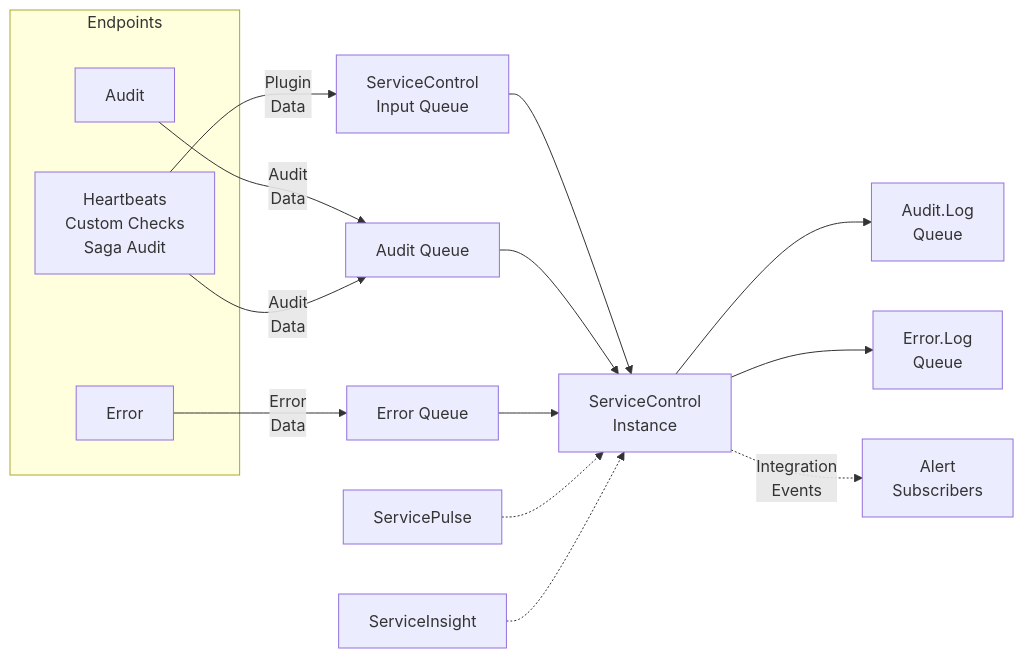
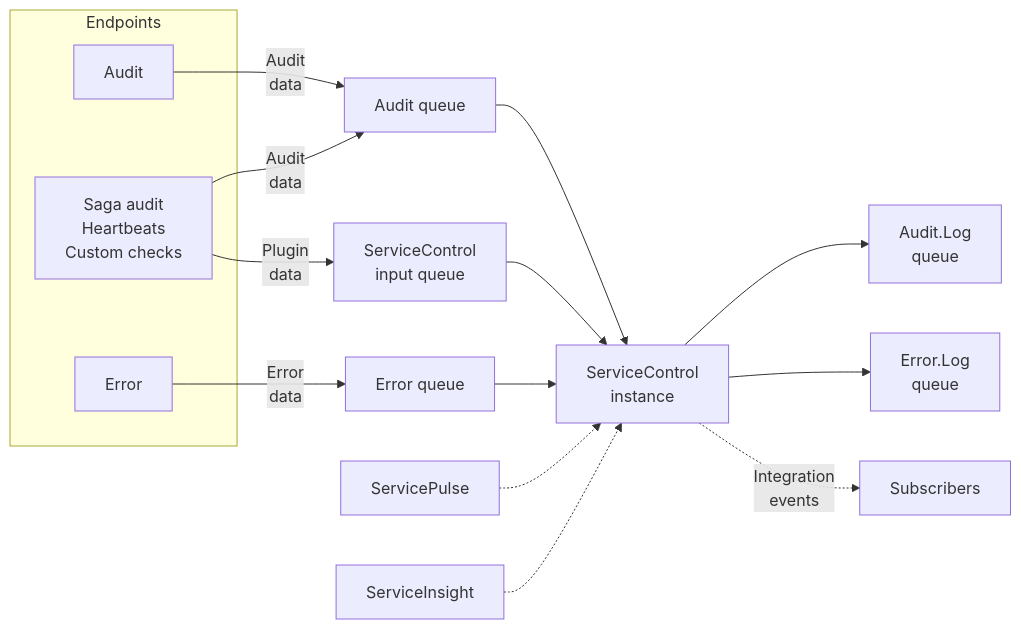
One commit to Particular/docs.particular.net changed the diagram in servicecontrol/servicecontrol-instances/index.md. Above: the diagram before and after it, drawn with Mermaid. The commit also changed other lines of this file and 1 other file, not shown here.

Commit message:
editorial review of SC instances

````diff
--- a/servicecontrol/servicecontrol-instances/index.md
+++ b/servicecontrol/servicecontrol-instances/index.md
@@ -13,22 +13,22 @@
 ```mermaid
 graph LR
   subgraph Endpoints
     Audit
     Error
-    Plugins[Heartbeats<br>Custom Checks<br>Saga Audit]
+    Plugins[Saga audit<br>Heartbeats<br>Custom checks]
   end
 
-  Audit -- Audit<br>Data --> AuditQ[Audit Queue]
-  Error -- Error<br>Data --> ErrorQ[Error Queue]
-  Plugins -- Plugin<br>Data --> SCQ
-  Plugins -- Audit<br>Data --> AuditQ[Audit Queue]
-	
-  SCQ[ServiceControl<br>Input Queue] --> SC[ServiceControl<br>Instance]
+  Audit -- Audit<br>data --> AuditQ[Audit queue]
+  Error -- Error<br>data --> ErrorQ[Error queue]
+  Plugins -- Plugin<br>data --> SCQ
+  Plugins -- Audit<br>data --> AuditQ[Audit queue]
+
   AuditQ --> SC
+  SCQ[ServiceControl<br>input queue] --> SC[ServiceControl<br>instance]
   ErrorQ --> SC
   ServicePulse -.-> SC
   ServiceInsight -.-> SC
-  SC --> AuditLog[Audit.Log<br>Queue]
-  SC --> ErrorLog[Error.Log<br>Queue]
-  SC -. Integration<br>Events .-> Watchers[Alert<br>Subscribers]
+  SC --> AuditLog[Audit.Log<br>queue]
+  SC --> ErrorLog[Error.Log<br>queue]
+  SC -. Integration<br>events .-> Watchers[Subscribers]
 ```
````
